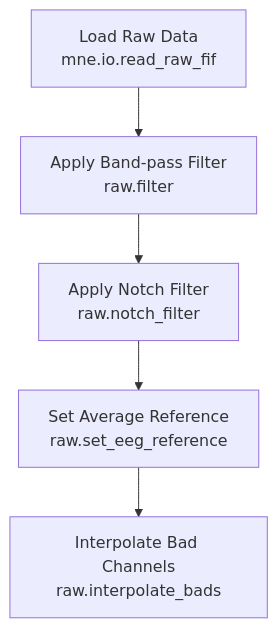
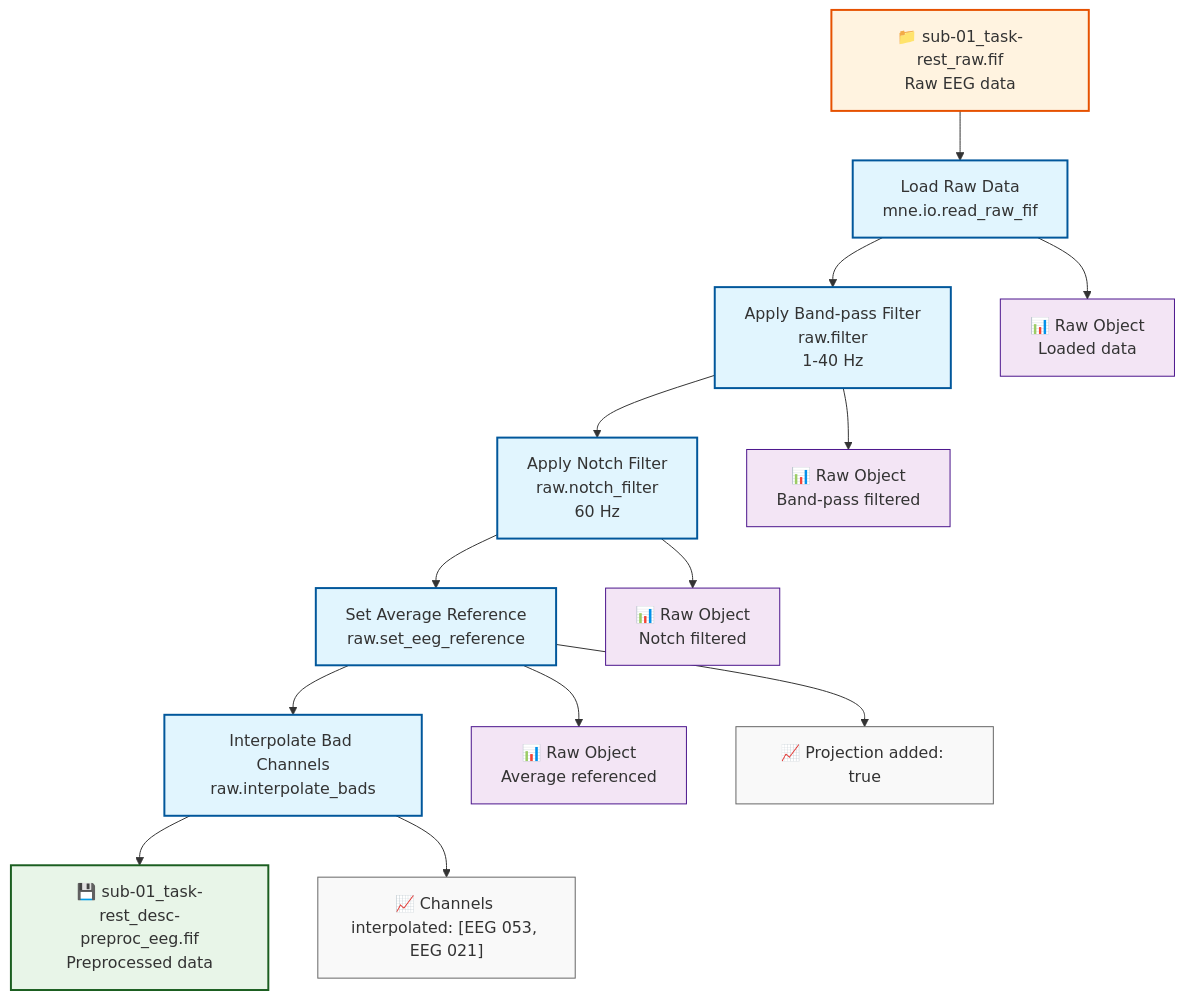
Before and after one commit to signalJourney/signalJourney: the diagram in docs/examples/basic_preprocessing_mne.md, drawn with Mermaid. The commit also changed other lines of this file and 5 other files, not shown here.

First line of the commit message:
Fix Mermaid diagram styling and enhance documentation consistency

````diff
--- a/docs/examples/basic_preprocessing_mne.md
+++ b/docs/examples/basic_preprocessing_mne.md
@@ -17,7 +17,36 @@
 ```mermaid
 flowchart TD
-    A[Load Raw Data<br/>mne.io.read_raw_fif] --> B[Apply Band-pass Filter<br/>raw.filter]
-    B --> C[Apply Notch Filter<br/>raw.notch_filter]
+    A[Load Raw Data<br/>mne.io.read_raw_fif] --> B[Apply Band-pass Filter<br/>raw.filter<br/>1-40 Hz]
+    B --> C[Apply Notch Filter<br/>raw.notch_filter<br/>60 Hz]
     C --> D[Set Average Reference<br/>raw.set_eeg_reference]
     D --> E[Interpolate Bad Channels<br/>raw.interpolate_bads]
+    
+    %% Input from sourcedata
+    F["📁 sub-01_task-rest_raw.fif<br/>Raw EEG data"] --> A
+    
+    %% Intermediate in-memory objects
+    A --> A1["📊 Raw Object<br/>Loaded data"]
+    B --> B1["📊 Raw Object<br/>Band-pass filtered"]
+    C --> C1["📊 Raw Object<br/>Notch filtered"]
+    D --> D1["📊 Raw Object<br/>Average referenced"]
+    
+    %% Final output
+    E --> G["💾 sub-01_task-rest_desc-preproc_eeg.fif<br/>Preprocessed data"]
+    
+    %% Quality metrics
+    D --> Q1["📈 Projection added: true"]
+    E --> Q2["📈 Channels interpolated: [EEG 053, EEG 021]"]
+
+    %% Styling
+    classDef processStep fill:#e1f5fe,stroke:#01579b,stroke-width:2px
+    classDef inputFile fill:#fff3e0,stroke:#e65100,stroke-width:2px
+    classDef outputFile fill:#e8f5e8,stroke:#1b5e20,stroke-width:2px
+    classDef inlineData fill:#f3e5f5,stroke:#4a148c,stroke-width:1px
+    classDef qualityMetric fill:#f9f9f9,stroke:#666,stroke-width:1px
+
+    class A,B,C,D,E processStep
+    class F inputFile
+    class G outputFile
+    class A1,B1,C1,D1 inlineData
+    class Q1,Q2 qualityMetric
 ```
````
